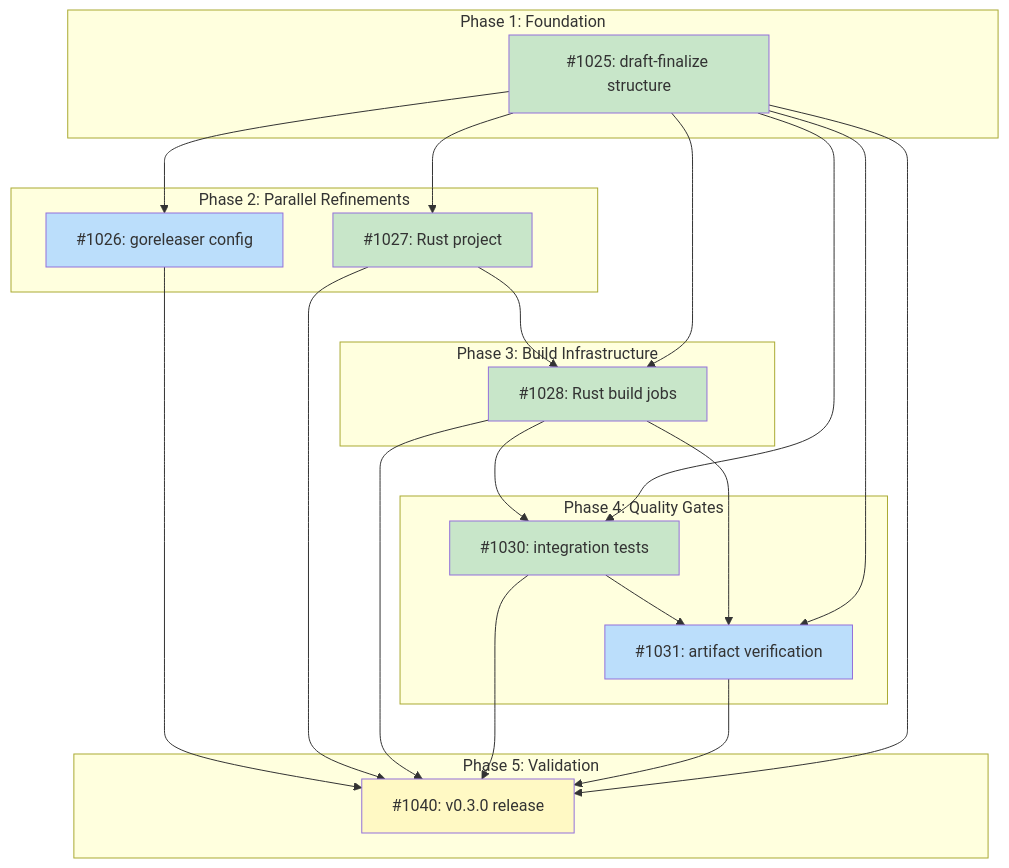
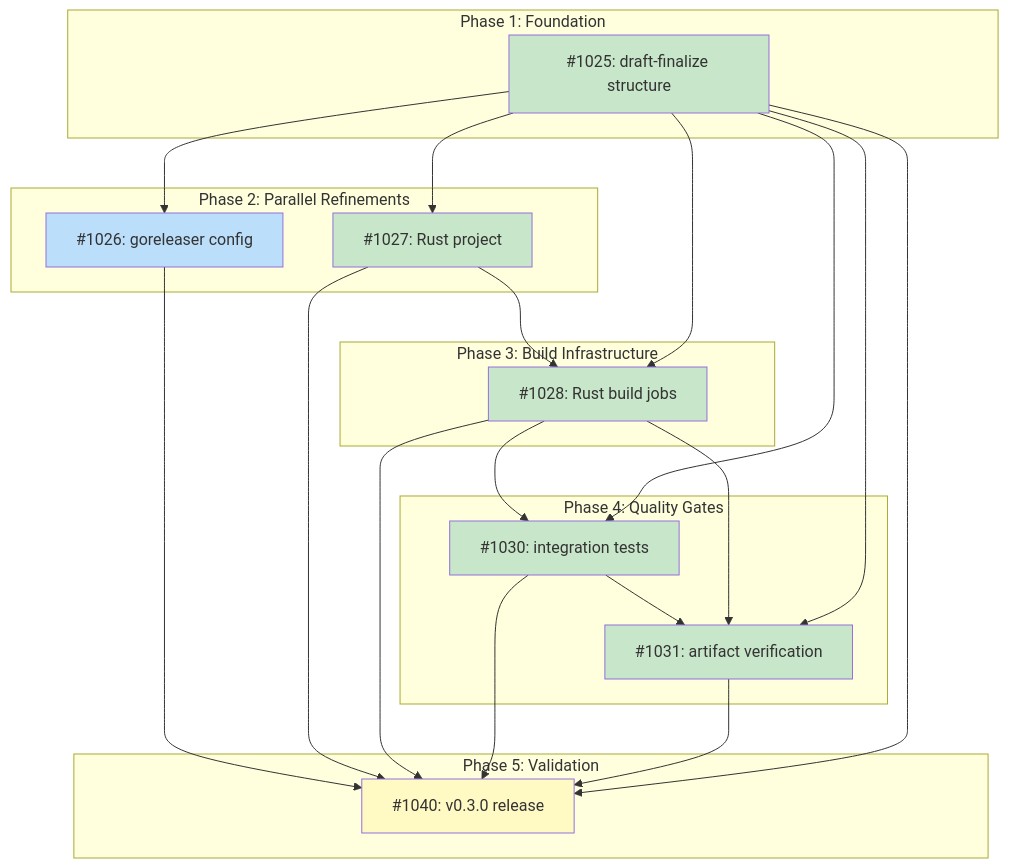
The diagram in docs/designs/DESIGN-release-workflow-native.md (tsukumogami/tsuku), drawn with Mermaid before and after one commit. The commit also changed 1 other file, not shown here.

Commit message:
chore(release): add artifact verification and checksum generation (#1058)
Expand finalize-release to verify all 10 expected artifacts are present
before publishing, then generate a unified SHA256 checksums.txt covering
all binaries.

The job now verifies artifacts (4 Go + 4 Rust glibc + 2 Rust musl),
downloads them, generates checksums.txt, uploads it, and only then
publishes the release. This prevents partial releases and ensures users
can verify all downloads.

````diff
--- a/docs/designs/DESIGN-release-workflow-native.md
+++ b/docs/designs/DESIGN-release-workflow-native.md
@@ -28,49 +28,49 @@
 ```mermaid
 graph TD
     subgraph Phase1["Phase 1: Foundation"]
         I1025["#1025: draft-finalize structure"]
     end
 
     subgraph Phase2["Phase 2: Parallel Refinements"]
         I1026["#1026: goreleaser config"]
         I1027["#1027: Rust project"]
     end
 
     subgraph Phase3["Phase 3: Build Infrastructure"]
         I1028["#1028: Rust build jobs"]
     end
 
     subgraph Phase4["Phase 4: Quality Gates"]
         I1030["#1030: integration tests"]
         I1031["#1031: artifact verification"]
     end
 
     subgraph Phase5["Phase 5: Validation"]
         I1040["#1040: v0.3.0 release"]
     end
 
     I1025 --> I1026
     I1025 --> I1027
     I1027 --> I1028
     I1025 --> I1028
     I1028 --> I1030
     I1025 --> I1030
     I1030 --> I1031
     I1028 --> I1031
     I1025 --> I1031
     I1026 --> I1040
     I1027 --> I1040
     I1028 --> I1040
     I1030 --> I1040
     I1031 --> I1040
     I1025 --> I1040
 
     classDef done fill:#c8e6c9
     classDef ready fill:#bbdefb
     classDef blocked fill:#fff9c4
     classDef needsDesign fill:#e1bee7
 
-    class I1025,I1027,I1028,I1030 done
-    class I1026,I1031 ready
+    class I1025,I1027,I1028,I1030,I1031 done
+    class I1026 ready
     class I1040 blocked
 ```
````
